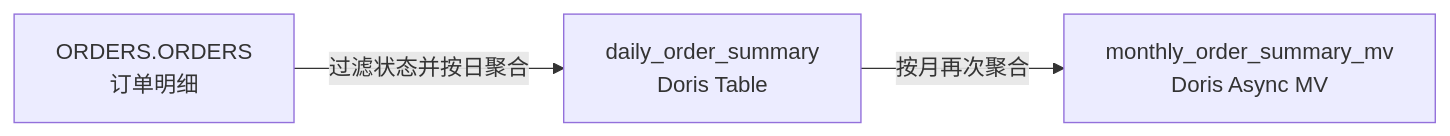
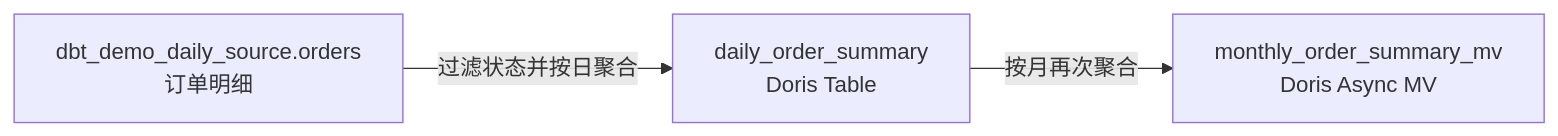
The first of 5 diagrams in extension/dbt-doris/docs/data-eng-bench-dbt-doris-demos.zh-CN.md (xylaaaaa/doris), drawn with Mermaid before and after one commit. The commit also changed other lines of this file and 9 other files, not shown here.

First line of the commit message:
[doc](dbt) Document end-to-end Doris demo flows

```diff
--- a/extension/dbt-doris/docs/data-eng-bench-dbt-doris-demos.zh-CN.md
+++ b/extension/dbt-doris/docs/data-eng-bench-dbt-doris-demos.zh-CN.md
@@ -104,5 +104,5 @@
 ~~~mermaid
 flowchart LR
-    A[ORDERS.ORDERS<br/>订单明细] -->|过滤状态并按日聚合| B[daily_order_summary<br/>Doris Table]
+    A[dbt_demo_daily_source.orders<br/>订单明细] -->|过滤状态并按日聚合| B[daily_order_summary<br/>Doris Table]
     B -->|按月再次聚合| C[monthly_order_summary_mv<br/>Doris Async MV]
 ~~~
```
